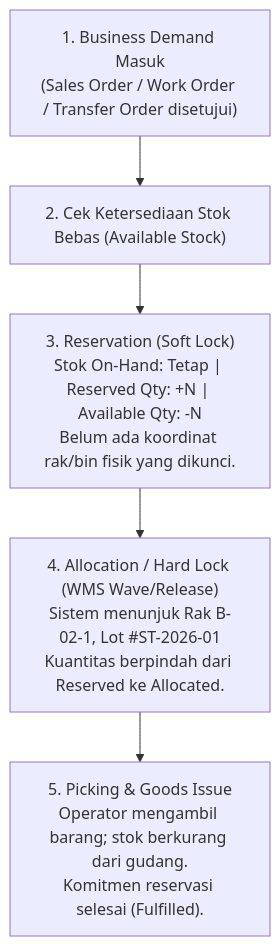
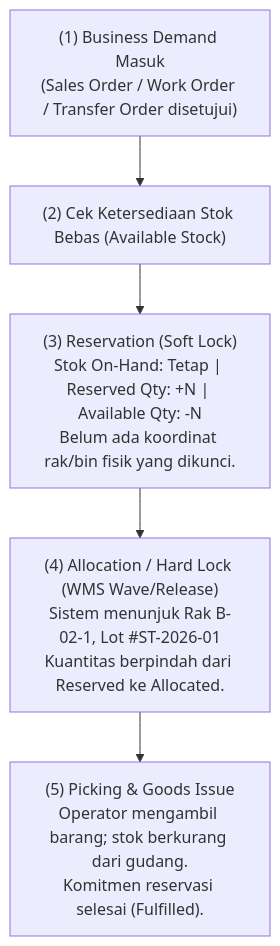
The diagram in content/05-inventory/inventory-reservation-and-allocation.md (alimurrofid/erp-notes), drawn with Mermaid before and after one commit. The commit also changed 132 other files, not shown here.

````diff
--- a/content/05-inventory/inventory-reservation-and-allocation.md
+++ b/content/05-inventory/inventory-reservation-and-allocation.md
@@ -27,11 +27,11 @@
 ```mermaid
 flowchart TD
-    Demand["1. Business Demand Masuk<br/>(Sales Order / Work Order / Transfer Order disetujui)"]
-    --> Check["2. Cek Ketersediaan Stok Bebas (Available Stock)"]
+    Demand["(1) Business Demand Masuk<br/>(Sales Order / Work Order / Transfer Order disetujui)"]
+    --> Check["(2) Cek Ketersediaan Stok Bebas (Available Stock)"]
     
-    Check --> Res["3. Reservation (Soft Lock)<br/>Stok On-Hand: Tetap | Reserved Qty: +N | Available Qty: -N<br/>Belum ada koordinat rak/bin fisik yang dikunci."]
+    Check --> Res["(3) Reservation (Soft Lock)<br/>Stok On-Hand: Tetap | Reserved Qty: +N | Available Qty: -N<br/>Belum ada koordinat rak/bin fisik yang dikunci."]
     
-    Res --> Alloc["4. Allocation / Hard Lock (WMS Wave/Release)<br/>Sistem menunjuk Rak B-02-1, Lot #ST-2026-01<br/>Kuantitas berpindah dari Reserved ke Allocated."]
+    Res --> Alloc["(4) Allocation / Hard Lock (WMS Wave/Release)<br/>Sistem menunjuk Rak B-02-1, Lot #ST-2026-01<br/>Kuantitas berpindah dari Reserved ke Allocated."]
     
-    Alloc --> Pick["5. Picking & Goods Issue<br/>Operator mengambil barang; stok berkurang dari gudang.<br/>Komitmen reservasi selesai (Fulfilled)."]
+    Alloc --> Pick["(5) Picking & Goods Issue<br/>Operator mengambil barang; stok berkurang dari gudang.<br/>Komitmen reservasi selesai (Fulfilled)."]
 ```
````
